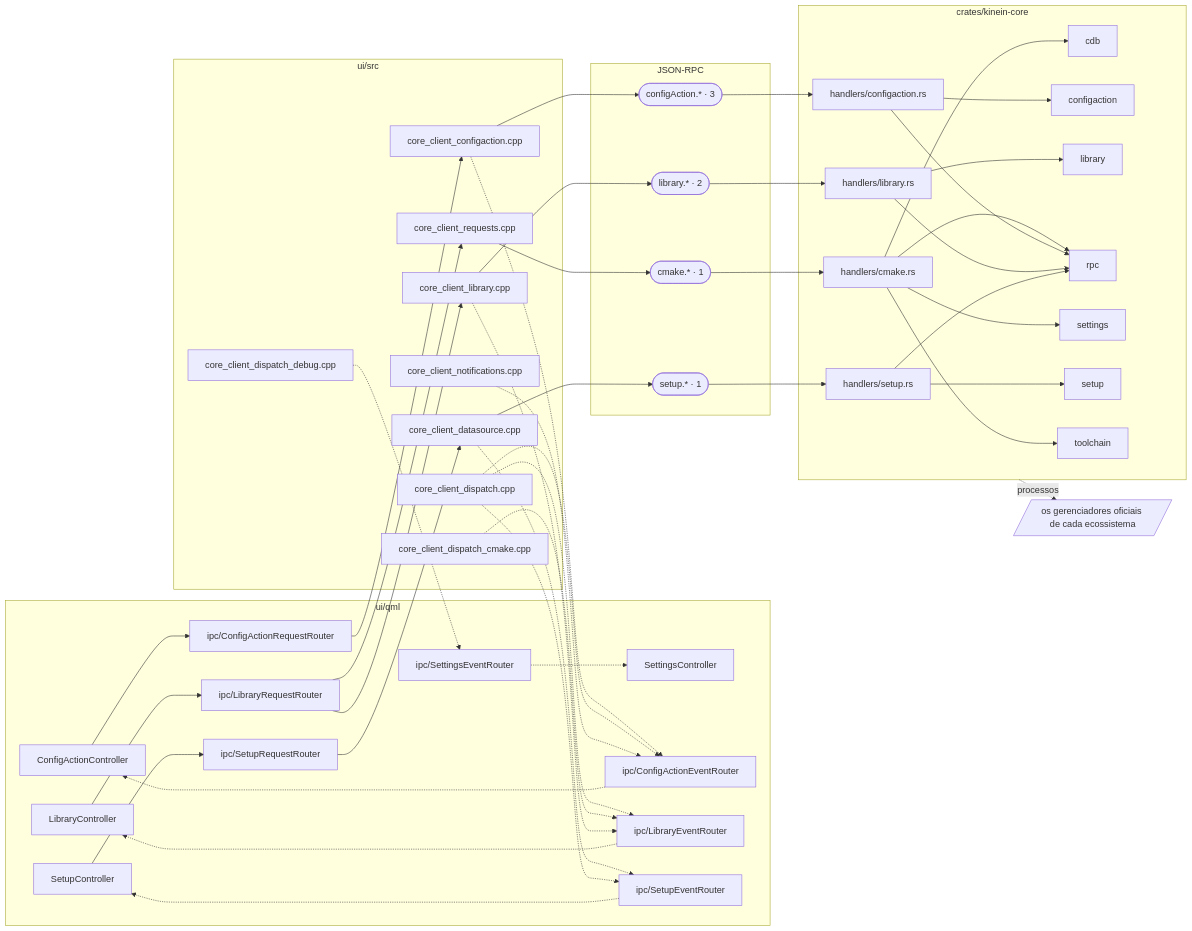
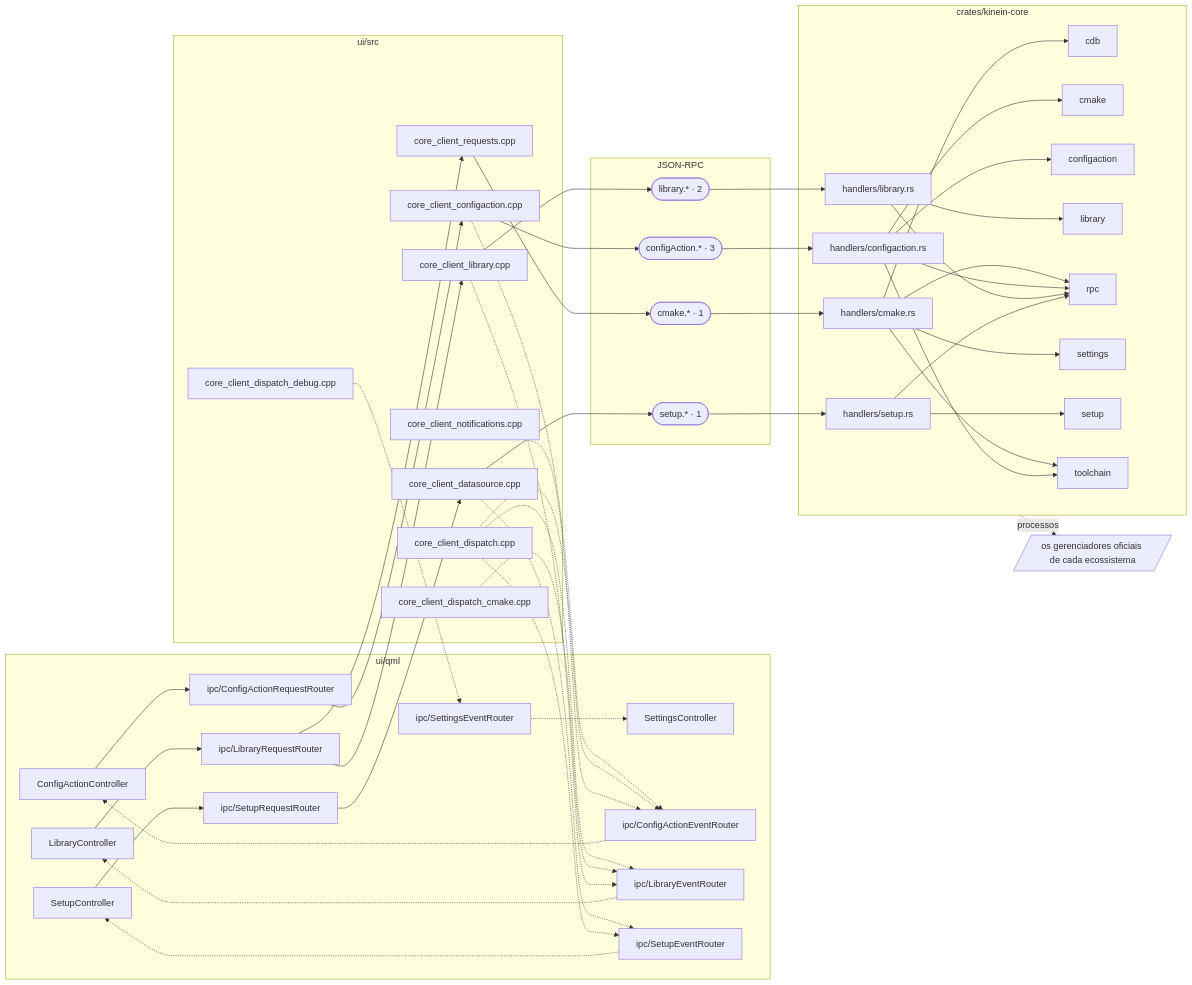
Diagram 16 of 16 in DocsPublic/arquitetura/01-mapa-de-modulos.md (ViktorWalde/KineinVectis), drawn with Mermaid before and after one commit. The commit also changed other lines of this file and 25 other files, not shown here.

```diff
--- a/DocsPublic/arquitetura/01-mapa-de-modulos.md
+++ b/DocsPublic/arquitetura/01-mapa-de-modulos.md
@@ -1433,6 +1434,7 @@
     n_crates_kinein_core_src_handlers_library_rs["handlers/library.rs"]
     n_crates_kinein_core_src_handlers_setup_rs["handlers/setup.rs"]
     n_core_cdb[cdb]
+    n_core_cmake[cmake]
     n_core_configaction[configaction]
     n_core_library[library]
     n_core_rpc[rpc]
@@ -1471,8 +1473,10 @@
   n_crates_kinein_core_src_handlers_cmake_rs --> n_core_settings
   n_crates_kinein_core_src_handlers_cmake_rs --> n_core_toolchain
   n_ipc_configAction --> n_crates_kinein_core_src_handlers_configaction_rs
+  n_crates_kinein_core_src_handlers_configaction_rs --> n_core_cmake
   n_crates_kinein_core_src_handlers_configaction_rs --> n_core_configaction
   n_crates_kinein_core_src_handlers_configaction_rs --> n_core_rpc
+  n_crates_kinein_core_src_handlers_configaction_rs --> n_core_toolchain
   n_ipc_library --> n_crates_kinein_core_src_handlers_library_rs
   n_crates_kinein_core_src_handlers_library_rs --> n_core_library
   n_crates_kinein_core_src_handlers_library_rs --> n_core_rpc
```
